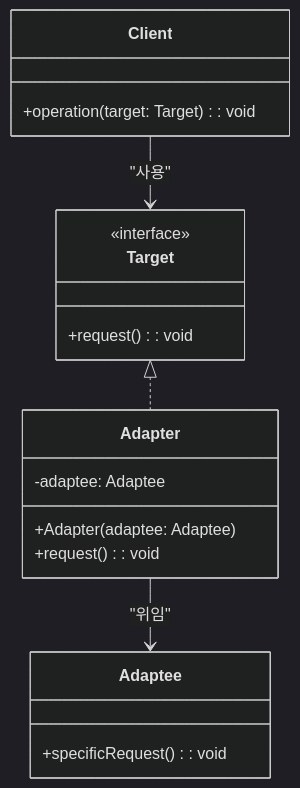
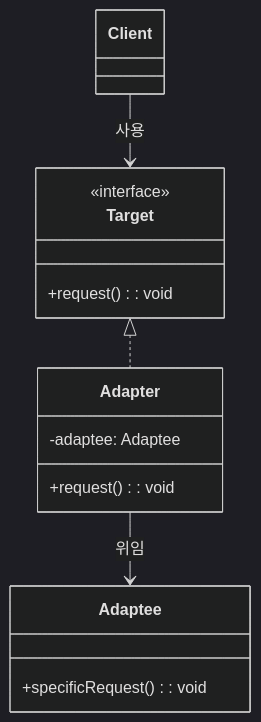
The first of 2 diagrams in _posts/designPattern/2022-01-18-AdapterPattern.md (yjkim2015/yjkim2015.github.io), drawn with Mermaid (dark theme) before and after one commit. The commit also changed other lines of this file and 215 other files, not shown here.

First line of the commit message:
신규 포스트 10개 추가 + Mermaid 전면 축소 + SystemDesign 시리즈 보강

````diff
--- a/_posts/designPattern/2022-01-18-AdapterPattern.md
+++ b/_posts/designPattern/2022-01-18-AdapterPattern.md
@@ -42,22 +42,11 @@
 ```mermaid
 classDiagram
-    class Target {
-        <<interface>>
-        +request(): void
-    }
-    class Adaptee {
-        +specificRequest(): void
-    }
-    class Adapter {
-        -adaptee: Adaptee
-        +Adapter(adaptee: Adaptee)
-        +request(): void
-    }
-    class Client {
-        +operation(target: Target): void
-    }
-
+    class Target { <<interface>>
+        +request(): void }
+    class Adaptee { +specificRequest(): void }
+    class Adapter { -adaptee: Adaptee
+        +request(): void }
     Target <|.. Adapter
-    Adapter --> Adaptee : "위임"
-    Client --> Target : "사용"
+    Adapter --> Adaptee : 위임
+    Client --> Target : 사용
 ```
````
